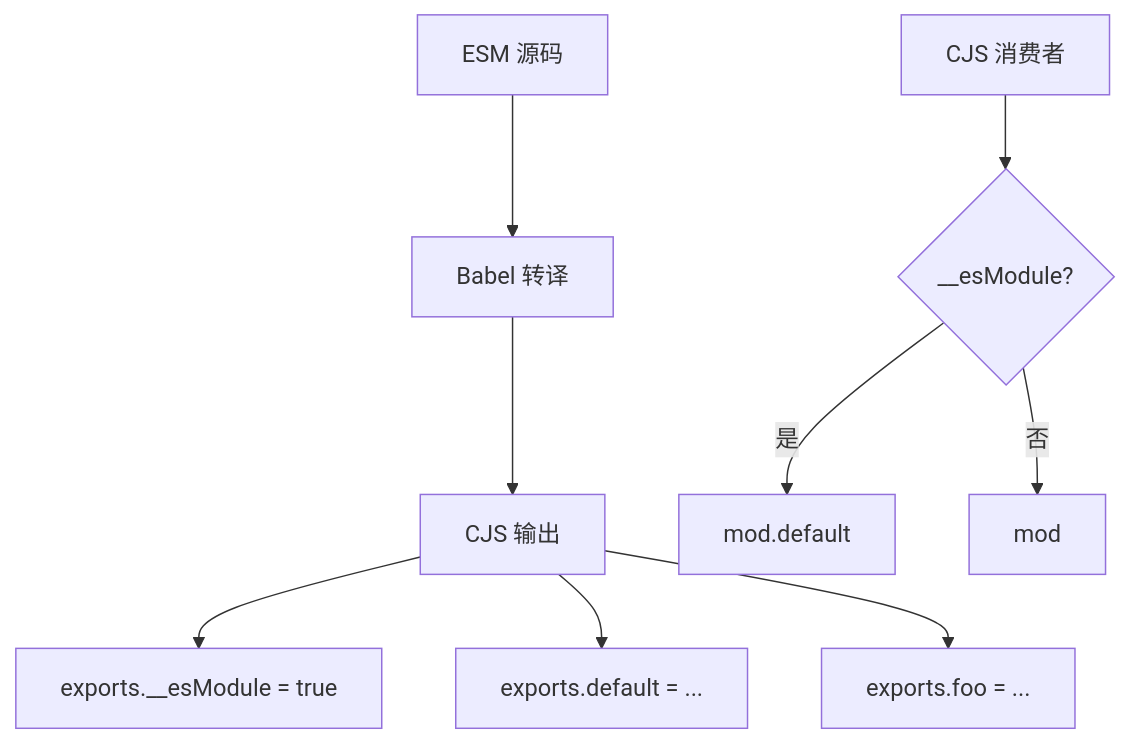
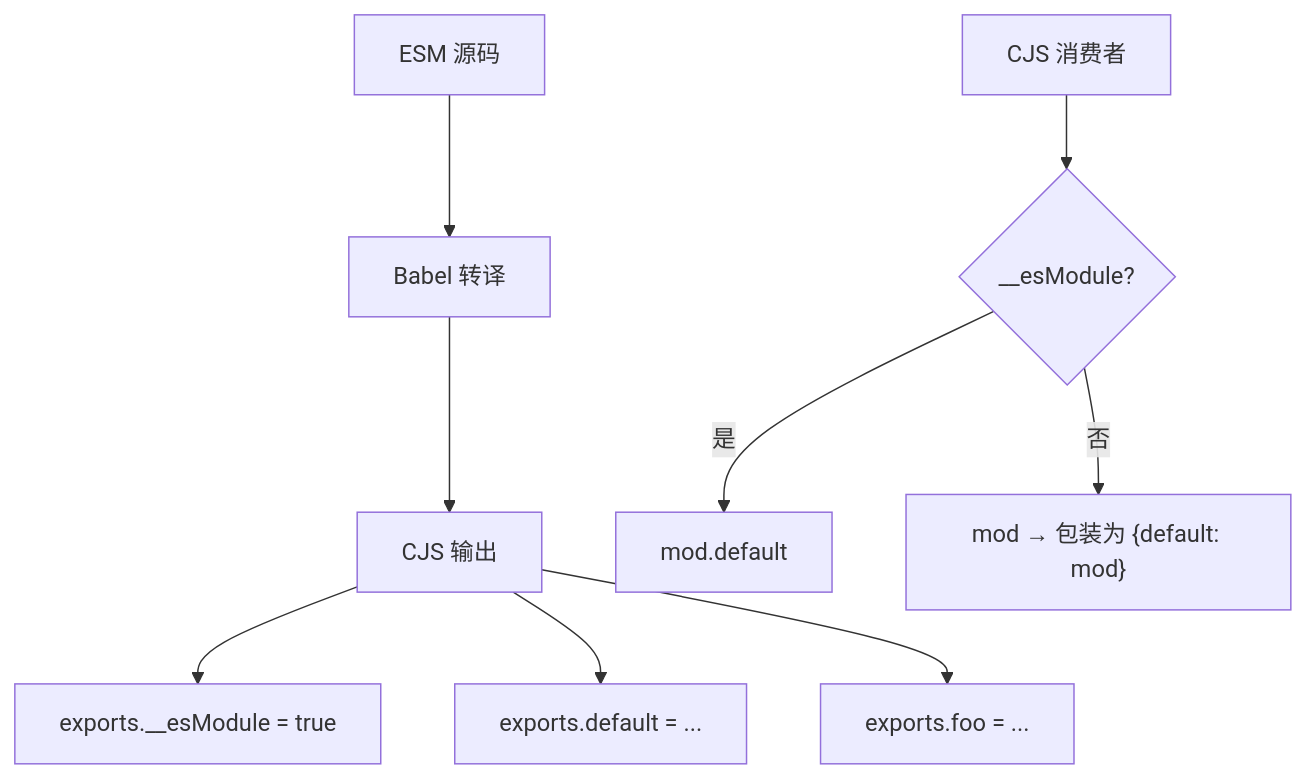
The first of 3 diagrams in jsts-language-core-system/08-module-system/04-cjs-esm-interop.md (AdaMartin18010/JavaScriptTypeScript), drawn with Mermaid before and after one commit. The commit also changed other lines of this file and 7 other files, not shown here.

````diff
--- a/jsts-language-core-system/08-module-system/04-cjs-esm-interop.md
+++ b/jsts-language-core-system/08-module-system/04-cjs-esm-interop.md
@@ -29,12 +59,12 @@
 ```mermaid
 graph TD
     Source["ESM 源码"] --> Babel["Babel 转译"]
     Babel --> CJSOut["CJS 输出"]
     CJSOut --> EsModuleFlag["exports.__esModule = true"]
     CJSOut --> DefaultExport["exports.default = ..."]
     CJSOut --> NamedExports["exports.foo = ..."]
 
     Consumer["CJS 消费者"] --> CheckFlag{"__esModule?"}
     CheckFlag -->|是| AccessDefault["mod.default"]
-    CheckFlag -->|否| AccessDirect["mod"]
+    CheckFlag -->|否| AccessDirect["mod → 包装为 {default: mod}"]
 ```
````
